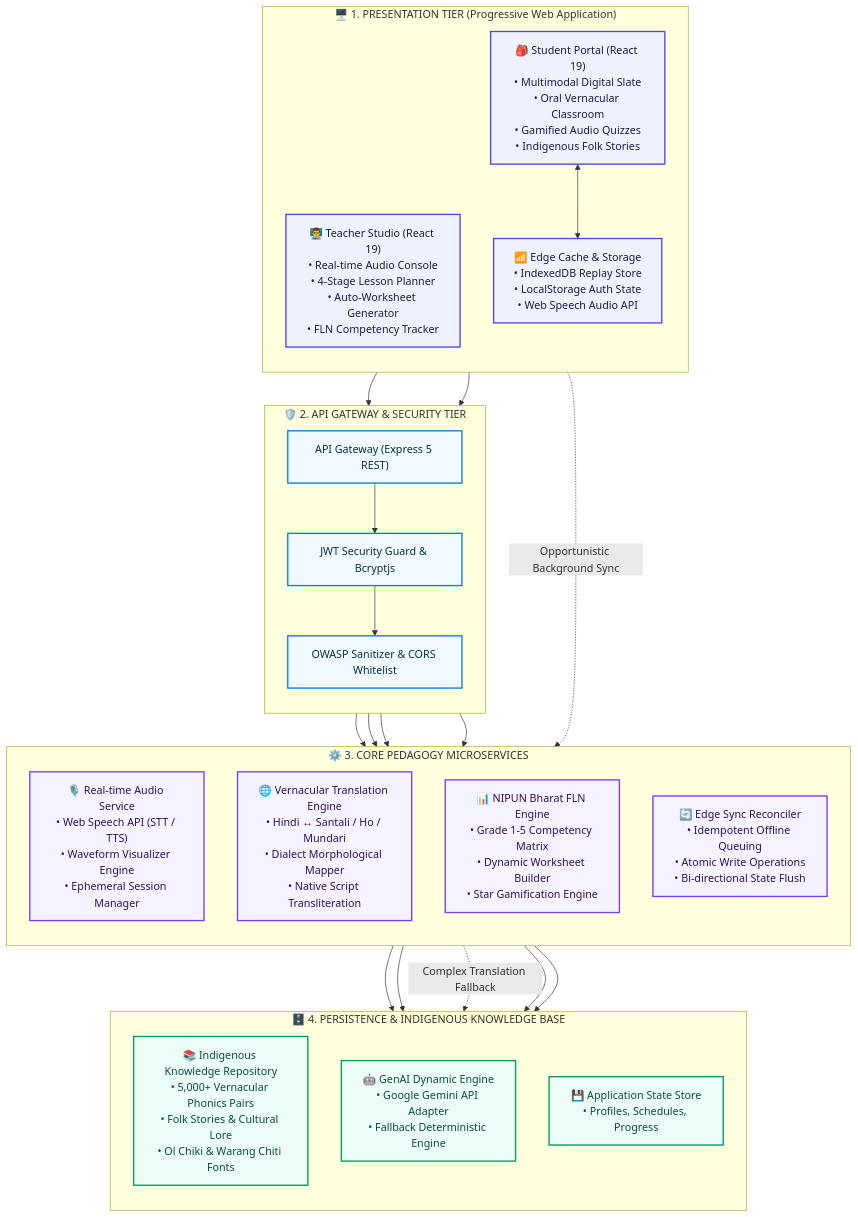
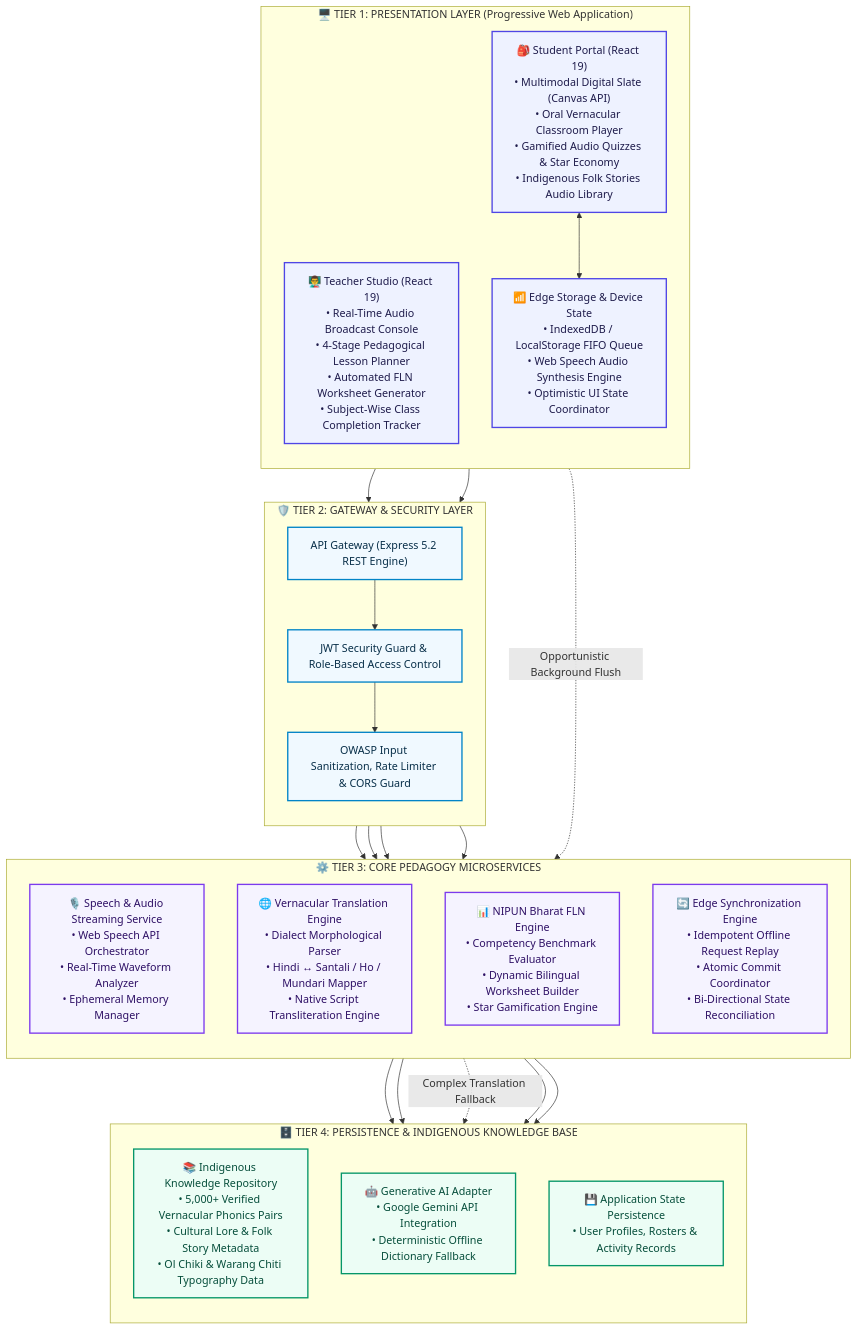
The second of 4 diagrams in README.md (madhavisolanki-ui/Vaani), drawn with Mermaid before and after one commit. The commit also changed other lines of this file, not shown here.

Commit message:
docs: rewrite README in professional English with comprehensive 'How It Works' architecture

````diff
--- a/README.md
+++ b/README.md
@@ -67,56 +106,55 @@
 ```mermaid
 graph TB
-    %% STYLING DEFINITIONS
     classDef clientStyle fill:#EEF2FF,stroke:#4F46E5,stroke-width:2px,color:#1E1B4B;
     classDef gatewayStyle fill:#F0F9FF,stroke:#0284C7,stroke-width:2px,color:#082F49;
     classDef coreStyle fill:#F5F3FF,stroke:#7C3AED,stroke-width:2px,color:#2E1065;
     classDef storageStyle fill:#ECFDF5,stroke:#059669,stroke-width:2px,color:#064E3B;
 
-    subgraph Client_Layer["🖥️ 1. PRESENTATION TIER (Progressive Web Application)"]
+    subgraph Tier1["🖥️ TIER 1: PRESENTATION LAYER (Progressive Web Application)"]
         direction TB
-        TP["👨‍🏫 Teacher Studio (React 19)<br/>• Real-time Audio Console<br/>• 4-Stage Lesson Planner<br/>• Auto-Worksheet Generator<br/>• FLN Competency Tracker"]:::clientStyle
-        SP["🎒 Student Portal (React 19)<br/>• Multimodal Digital Slate<br/>• Oral Vernacular Classroom<br/>• Gamified Audio Quizzes<br/>• Indigenous Folk Stories"]:::clientStyle
-        LOCAL_QUEUE["📶 Edge Cache & Storage<br/>• IndexedDB Replay Store<br/>• LocalStorage Auth State<br/>• Web Speech Audio API"]:::clientStyle
+        TEACHER_PORTAL["👨‍🏫 Teacher Studio (React 19)<br/>• Real-Time Audio Broadcast Console<br/>• 4-Stage Pedagogical Lesson Planner<br/>• Automated FLN Worksheet Generator<br/>• Subject-Wise Class Completion Tracker"]:::clientStyle
+        STUDENT_PORTAL["🎒 Student Portal (React 19)<br/>• Multimodal Digital Slate (Canvas API)<br/>• Oral Vernacular Classroom Player<br/>• Gamified Audio Quizzes & Star Economy<br/>• Indigenous Folk Stories Audio Library"]:::clientStyle
+        CLIENT_CACHE["📶 Edge Storage & Device State<br/>• IndexedDB / LocalStorage FIFO Queue<br/>• Web Speech Audio Synthesis Engine<br/>• Optimistic UI State Coordinator"]:::clientStyle
     end
 
-    subgraph Gateway_Layer["🛡️ 2. API GATEWAY & SECURITY TIER"]
+    subgraph Tier2["🛡️ TIER 2: GATEWAY & SECURITY LAYER"]
         direction TB
-        GATEWAY["API Gateway (Express 5 REST)"]:::gatewayStyle
-        AUTH_GUARD["JWT Security Guard & Bcryptjs"]:::gatewayStyle
-        CORS_FILTER["OWASP Sanitizer & CORS Whitelist"]:::gatewayStyle
+        GATEWAY["API Gateway (Express 5.2 REST Engine)"]:::gatewayStyle
+        JWT_GUARD["JWT Security Guard & Role-Based Access Control"]:::gatewayStyle
+        SANITIZER["OWASP Input Sanitization, Rate Limiter & CORS Guard"]:::gatewayStyle
     end
 
-    subgraph Core_Layer["⚙️ 3. CORE PEDAGOGY MICROSERVICES"]
+    subgraph Tier3["⚙️ TIER 3: CORE PEDAGOGY MICROSERVICES"]
         direction TB
-        SPEECH_SVC["🎙️ Real-time Audio Service<br/>• Web Speech API (STT / TTS)<br/>• Waveform Visualizer Engine<br/>• Ephemeral Session Manager"]:::coreStyle
-        TRANSLATE_SVC["🌐 Vernacular Translation Engine<br/>• Hindi ↔ Santali / Ho / Mundari<br/>• Dialect Morphological Mapper<br/>• Native Script Transliteration"]:::coreStyle
-        FLN_SVC["📊 NIPUN Bharat FLN Engine<br/>• Grade 1-5 Competency Matrix<br/>• Dynamic Worksheet Builder<br/>• Star Gamification Engine"]:::coreStyle
-        SYNC_SVC["🔄 Edge Sync Reconciler<br/>• Idempotent Offline Queuing<br/>• Atomic Write Operations<br/>• Bi-directional State Flush"]:::coreStyle
+        SPEECH_SERVICE["🎙️ Speech & Audio Streaming Service<br/>• Web Speech API Orchestrator<br/>• Real-Time Waveform Analyzer<br/>• Ephemeral Memory Manager"]:::coreStyle
+        TRANSLATION_SERVICE["🌐 Vernacular Translation Engine<br/>• Dialect Morphological Parser<br/>• Hindi ↔ Santali / Ho / Mundari Mapper<br/>• Native Script Transliteration Engine"]:::coreStyle
+        PEDAGOGY_SERVICE["📊 NIPUN Bharat FLN Engine<br/>• Competency Benchmark Evaluator<br/>• Dynamic Bilingual Worksheet Builder<br/>• Star Gamification Engine"]:::coreStyle
+        SYNC_SERVICE["🔄 Edge Synchronization Engine<br/>• Idempotent Offline Request Replay<br/>• Atomic Commit Coordinator<br/>• Bi-Directional State Reconciliation"]:::coreStyle
     end
 
-    subgraph Storage_Layer["🗄️ 4. PERSISTENCE & INDIGENOUS KNOWLEDGE BASE"]
+    subgraph Tier4["🗄️ TIER 4: PERSISTENCE & INDIGENOUS KNOWLEDGE BASE"]
         direction TB
-        TRIBAL_KB["📚 Indigenous Knowledge Repository<br/>• 5,000+ Vernacular Phonics Pairs<br/>• Folk Stories & Cultural Lore<br/>• Ol Chiki & Warang Chiti Fonts"]:::storageStyle
-        AI_FALLBACK["🤖 GenAI Dynamic Engine<br/>• Google Gemini API Adapter<br/>• Fallback Deterministic Engine"]:::storageStyle
-        APP_DB["💾 Application State Store<br/>• Profiles, Schedules, Progress"]:::storageStyle
+        TRIBAL_KB["📚 Indigenous Knowledge Repository<br/>• 5,000+ Verified Vernacular Phonics Pairs<br/>• Cultural Lore & Folk Story Metadata<br/>• Ol Chiki & Warang Chiti Typography Data"]:::storageStyle
+        AI_ENGINE["🤖 Generative AI Adapter<br/>• Google Gemini API Integration<br/>• Deterministic Offline Dictionary Fallback"]:::storageStyle
+        DATA_STORE["💾 Application State Persistence<br/>• User Profiles, Rosters & Activity Records"]:::storageStyle
     end
 
-    %% RELATIONSHIPS
-    TP --> GATEWAY
-    SP --> GATEWAY
-    SP <--> LOCAL_QUEUE
-    LOCAL_QUEUE -.->|Opportunistic Background Sync| SYNC_SVC
+    %% INTER-TIER CONNECTIONS
+    TEACHER_PORTAL --> GATEWAY
+    STUDENT_PORTAL --> GATEWAY
+    STUDENT_PORTAL <--> CLIENT_CACHE
+    CLIENT_CACHE -.->|Opportunistic Background Flush| SYNC_SERVICE
 
-    GATEWAY --> AUTH_GUARD
-    AUTH_GUARD --> CORS_FILTER
-    CORS_FILTER --> SPEECH_SVC
-    CORS_FILTER --> TRANSLATE_SVC
-    CORS_FILTER --> FLN_SVC
-    CORS_FILTER --> SYNC_SVC
+    GATEWAY --> JWT_GUARD
+    JWT_GUARD --> SANITIZER
+    SANITIZER --> SPEECH_SERVICE
+    SANITIZER --> TRANSLATION_SERVICE
+    SANITIZER --> PEDAGOGY_SERVICE
+    SANITIZER --> SYNC_SERVICE
 
-    SPEECH_SVC --> TRIBAL_KB
-    TRANSLATE_SVC --> TRIBAL_KB
-    TRANSLATE_SVC -.->|Complex Translation Fallback| AI_FALLBACK
-    FLN_SVC --> APP_DB
-    SYNC_SVC --> APP_DB
+    SPEECH_SERVICE --> TRIBAL_KB
+    TRANSLATION_SERVICE --> TRIBAL_KB
+    TRANSLATION_SERVICE -.->|Complex Translation Fallback| AI_ENGINE
+    PEDAGOGY_SERVICE --> DATA_STORE
+    SYNC_SERVICE --> DATA_STORE
 ```
````
